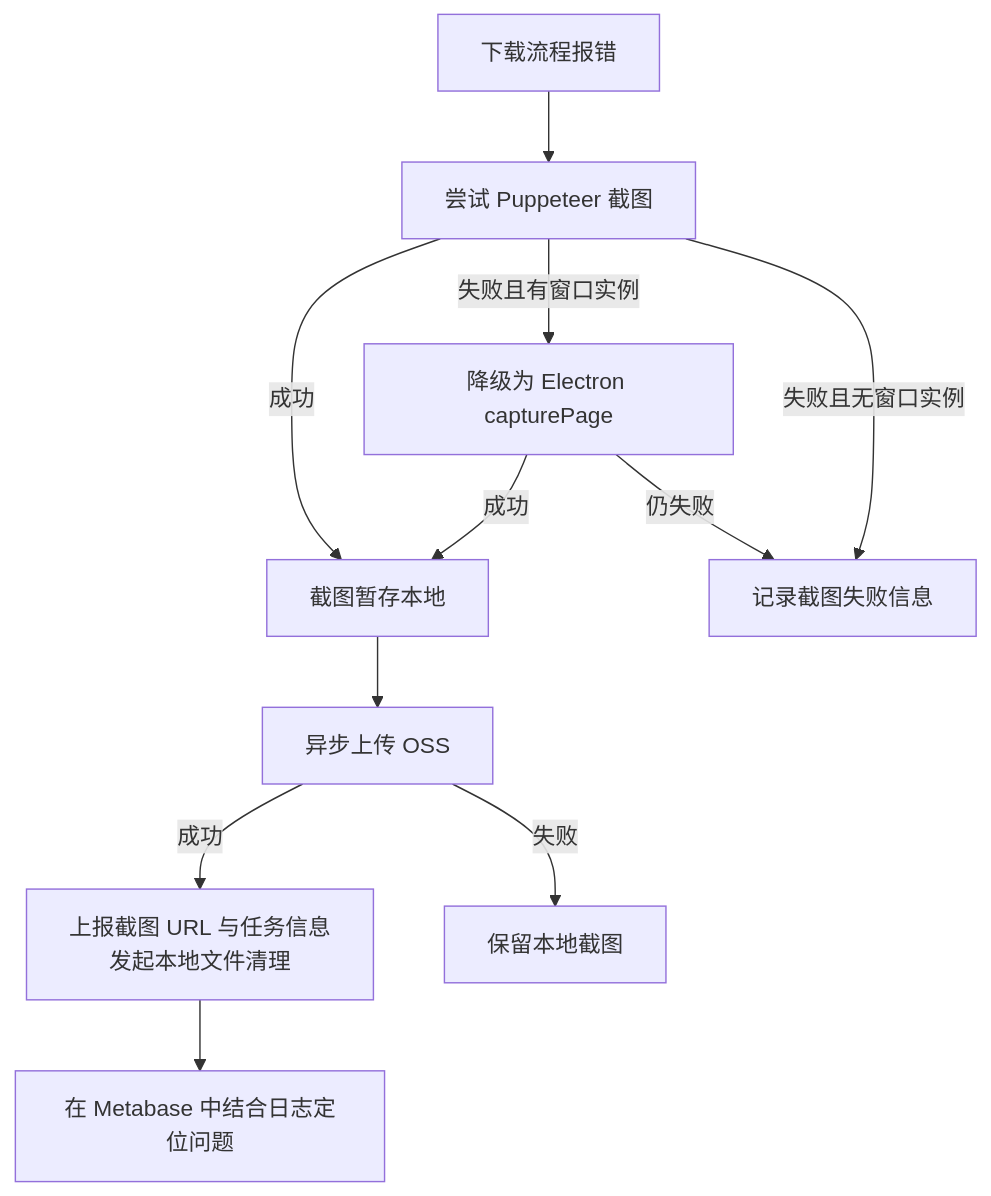
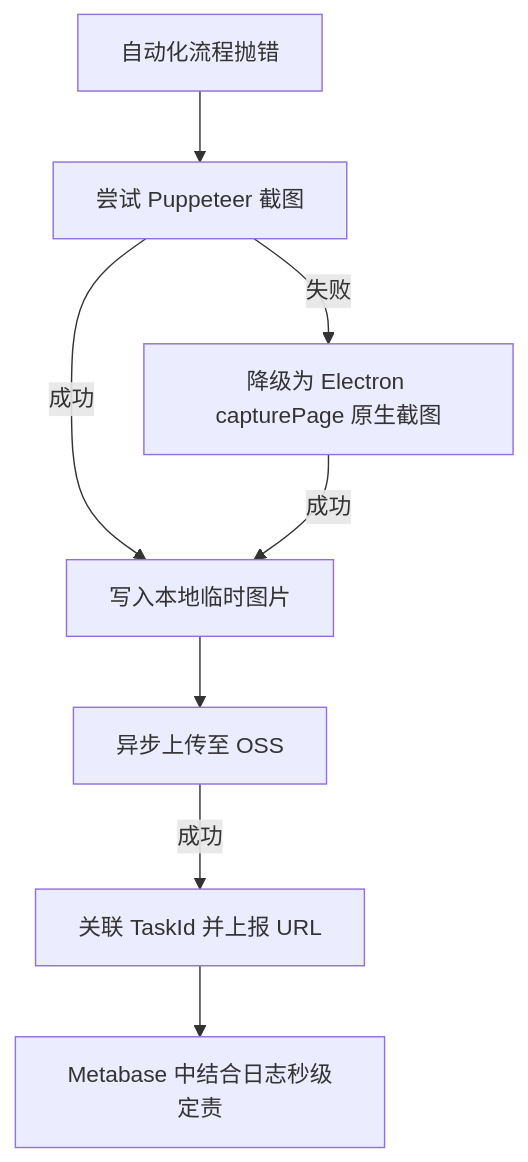
Diagram 12 of 13 in source/_posts/2025-09-14-electron-tiangong.md (yyxTheOracle/MyBlog), drawn with Mermaid before and after one commit. The commit also changed other lines of this file, not shown here.

````diff
--- a/source/_posts/2025-09-14-electron-tiangong.md
+++ b/source/_posts/2025-09-14-electron-tiangong.md
@@ -562,13 +446,10 @@
 ```mermaid
 flowchart TB
-    E["下载流程报错"] --> P["尝试 Puppeteer 截图"]
-    P -->|成功| S["截图暂存本地"]
-    P -->|失败且有窗口实例| C["降级为 Electron capturePage"]
-    P -->|失败且无窗口实例| L["记录截图失败信息"]
+    E["自动化流程抛错"] --> P["尝试 Puppeteer 截图"]
+    P -->|成功| S["写入本地临时图片"]
+    P -->|失败| C["降级为 Electron capturePage 原生截图"]
     C -->|成功| S
-    C -->|仍失败| L["记录截图失败信息"]
-    S --> U["异步上传 OSS"]
-    U -->|成功| T["上报截图 URL 与任务信息<br/>发起本地文件清理"]
-    U -->|失败| K["保留本地截图"]
-    T --> M["在 Metabase 中结合日志定位问题"]
+    S --> U["异步上传至 OSS"]
+    U -->|成功| T["关联 TaskId 并上报 URL"]
+    T --> M["Metabase 中结合日志秒级定责"]
 ```
````
